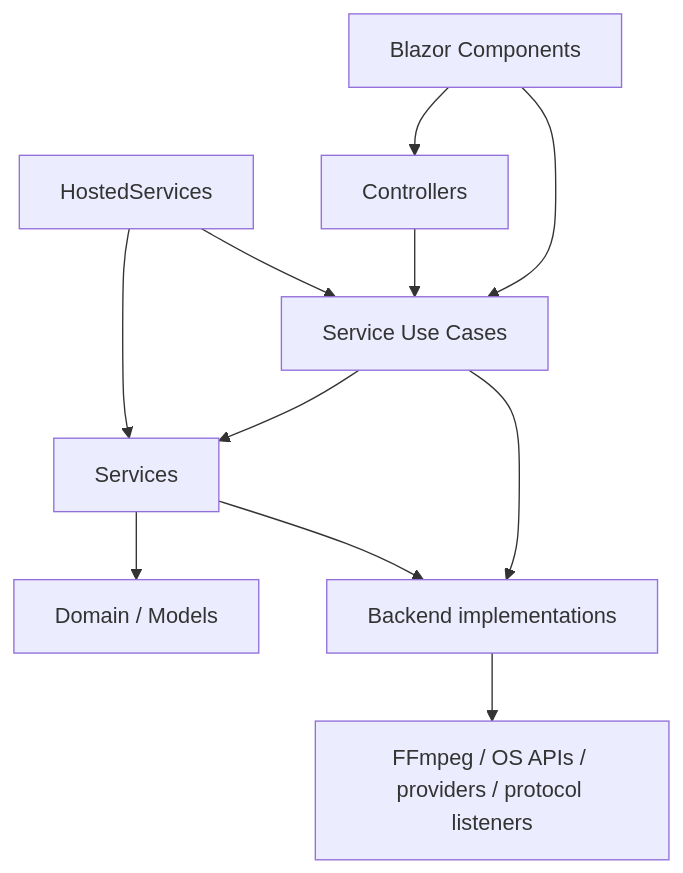
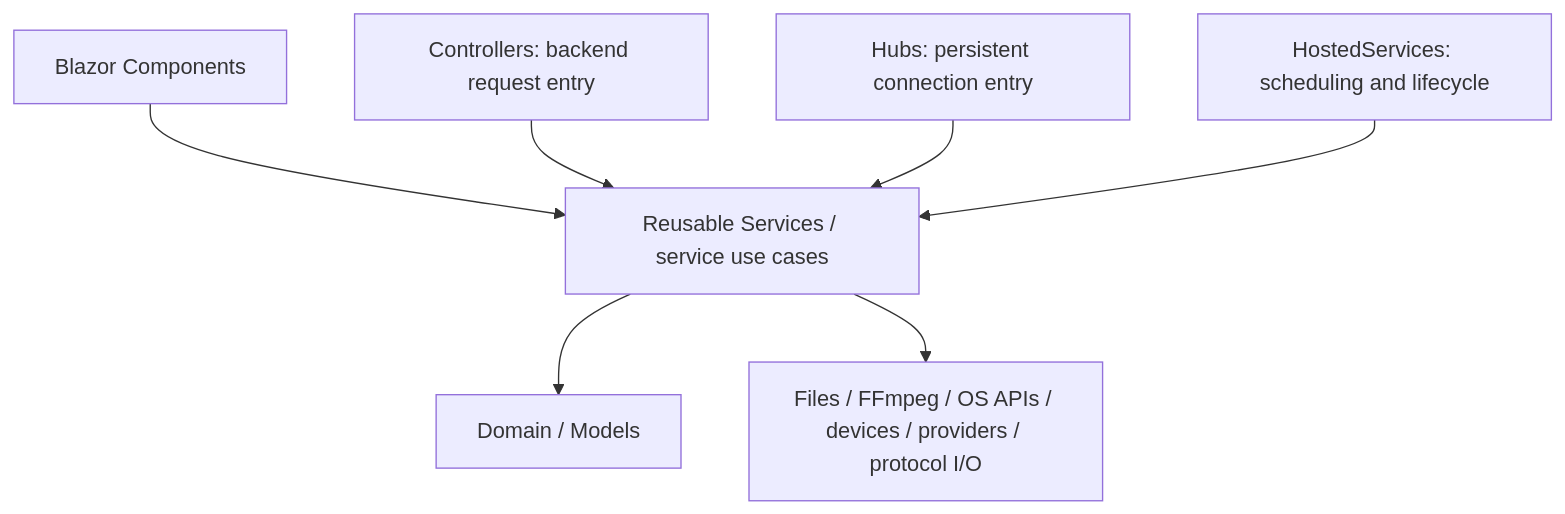
The diagram in PublisherStudio/docs/architecture/system-overview.md (Michi0403/BlazorPublisher), drawn with Mermaid before and after one commit. The commit also changed other lines of this file and 78 other files, not shown here.

````diff
--- a/PublisherStudio/docs/architecture/system-overview.md
+++ b/PublisherStudio/docs/architecture/system-overview.md
@@ -5,13 +5,9 @@
 ```mermaid
 flowchart TD
-    UI[Blazor Components] --> C[Controllers]
-    UI --> U[Service Use Cases]
-    C --> U
-    U --> S[Services]
+    UI[Blazor Components] --> S[Reusable Services / service use cases]
+    C[Controllers: backend request entry] --> S
+    HB[Hubs: persistent connection entry] --> S
+    HS[HostedServices: scheduling and lifecycle] --> S
     S --> D[Domain / Models]
-    U --> B[Backend implementations]
-    S --> B
-    H[HostedServices] --> U
-    H --> S
-    B --> X[FFmpeg / OS APIs / providers / protocol listeners]
+    S --> X[Files / FFmpeg / OS APIs / devices / providers / protocol I/O]
 ```
````
